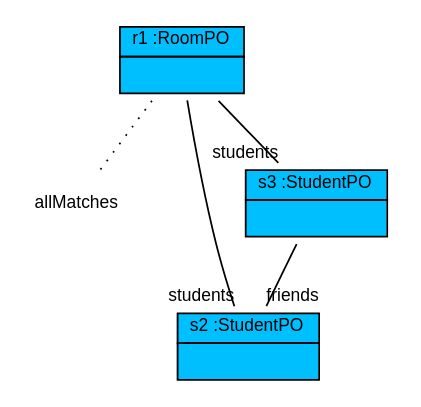
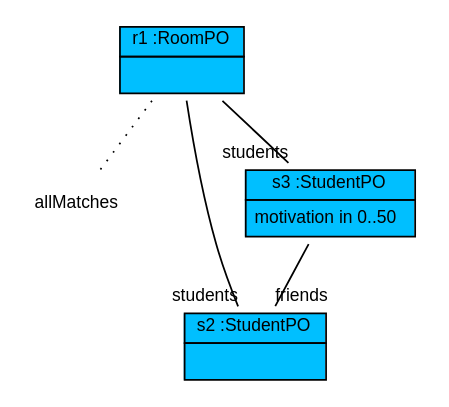
The diagram in doc/StudyRightObjectModelNavigationAndQueriesPatternDiagram32.dot (fujaba/SDMLib), drawn with Graphviz before and after one commit. The commit also changed 25 other files, not shown here.

```diff
--- a/doc/StudyRightObjectModelNavigationAndQueriesPatternDiagram32.dot
+++ b/doc/StudyRightObjectModelNavigationAndQueriesPatternDiagram32.dot
@@ -1,14 +1,14 @@
 graph ObjectDiagram {
    node [shape = none, fontsize = 10, fontname = "Arial"];
    edge [fontsize = 10, fontname = "Arial"];
 
 r1 [label=<<table border='0' cellborder='1' cellspacing='0' color='black' bgcolor='deepskyblue'>  <tr> <td align='center'> <font color='black'> r1 :RoomPO </font></td></tr> <tr> <td align='left'> <table border='0' cellborder='0' cellspacing='0' color='black'> <tr> <td>  </td></tr></table></td></tr></table>>];
 allMatches_r1 [label=allMatches];
 s2 [label=<<table border='0' cellborder='1' cellspacing='0' color='black' bgcolor='deepskyblue'>  <tr> <td align='center'> <font color='black'> s2 :StudentPO </font></td></tr> <tr> <td align='left'> <table border='0' cellborder='0' cellspacing='0' color='black'> <tr> <td>  </td></tr></table></td></tr></table>>];
-s3 [label=<<table border='0' cellborder='1' cellspacing='0' color='black' bgcolor='deepskyblue'>  <tr> <td align='center'> <font color='black'> s3 :StudentPO </font></td></tr> <tr> <td align='left'> <table border='0' cellborder='0' cellspacing='0' color='black'> <tr> <td>  </td></tr></table></td></tr></table>>];
+s3 [label=<<table border='0' cellborder='1' cellspacing='0' color='black' bgcolor='deepskyblue'>  <tr> <td align='center'> <font color='black'> s3 :StudentPO </font></td></tr> <tr> <td align='left'> <table border='0' cellborder='0' cellspacing='0' color='black'> <tr><td><font color='black'> motivation in 0..50 </font></td></tr></table></td></tr></table>>];
 
 r1 -- allMatches_r1 [style="dotted"];
 r1 -- s2 [headlabel = "students" taillabel = "" color="black" fontcolor="black"];
 r1 -- s3 [headlabel = "students" taillabel = "" color="black" fontcolor="black"];
 s3 -- s2 [headlabel = "friends" taillabel = "" color="black" fontcolor="black"];
 }
```
